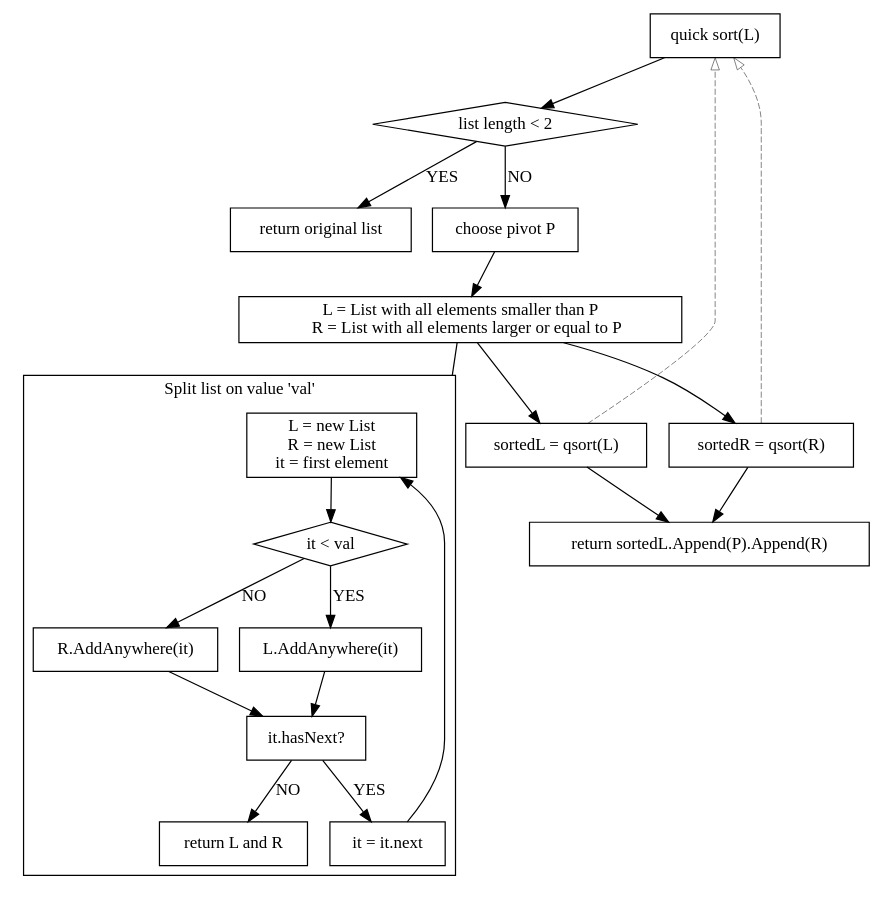
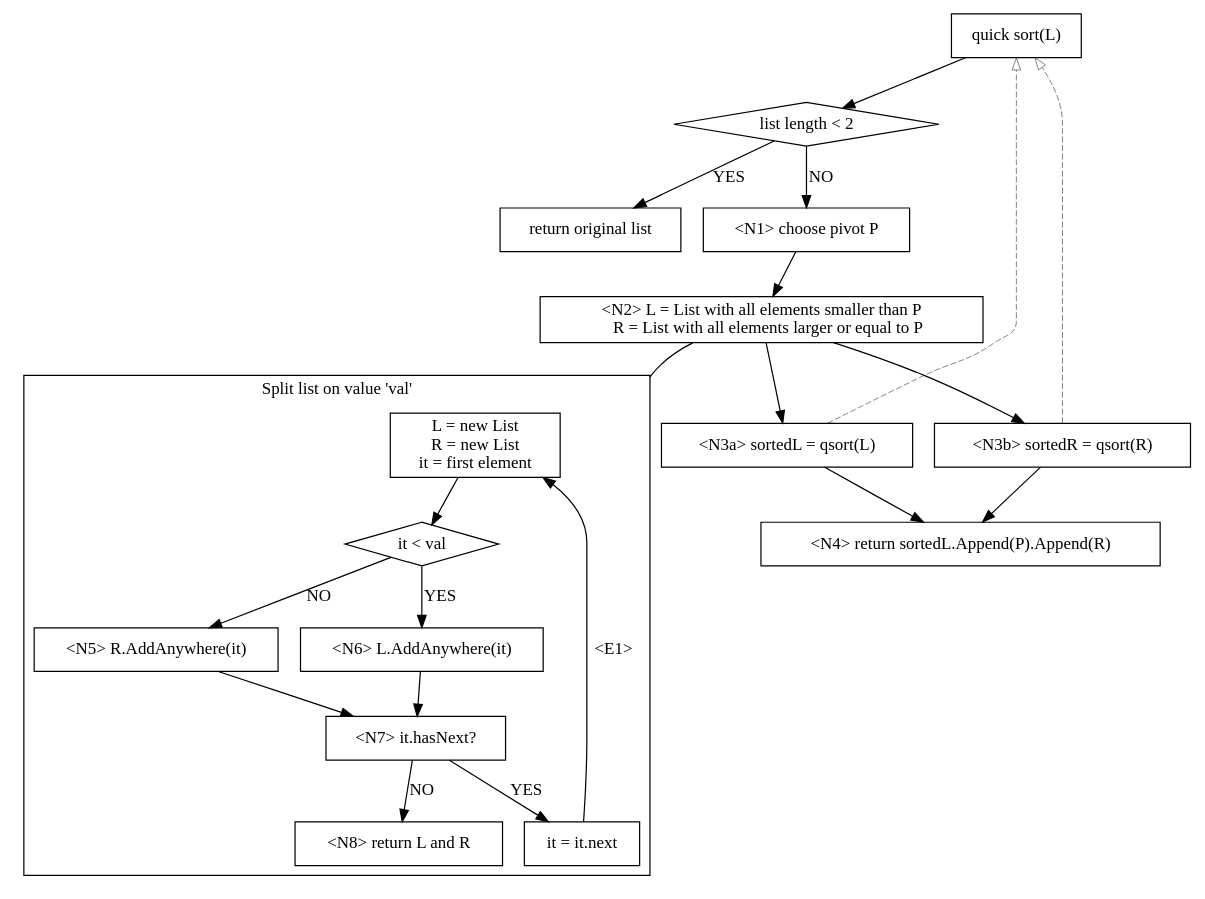
Before and after one commit to hugoppp-uni/Algorithmen-und-Datenstrukturen: the diagram in doc/aufg2/graphViz/quickSort.gv, drawn with Graphviz. The commit also changed 2 other files, not shown here.

Commit message:
Add referencing comments to qsort

```diff
--- a/doc/aufg2/graphViz/quickSort.gv
+++ b/doc/aufg2/graphViz/quickSort.gv
@@ -1,48 +1,48 @@
 digraph Q {
     node [shape = box];
     compound = true;
 
     begin [label = "quick sort(L)"];
     begin -> d1
     d1 [label = "list length < 2" shape = diamond];
     d1 -> "return original list" [label = "YES"];
     d1 -> s1 [label = "NO"];
-    s1 [label = "choose pivot P"];
+    s1 [label = "<N1> choose pivot P"];
     s1 -> s2
     s2 [label =
-    "L = List with all elements smaller than P
+    "<N2> L = List with all elements smaller than P
     R = List with all elements larger or equal to P"]
     s2 -> s31
     s2 -> s32
-    s31 [label = "sortedL = qsort(L)"]
-    s32 [label = "sortedR = qsort(R)"]
+    s31 [label = "<N3a> sortedL = qsort(L)"]
+    s32 [label = "<N3b> sortedR = qsort(R)"]
     s31 -> begin [style = dashed penwidth = 0.4 arrowhead = onormal]
     s32 -> begin [style = dashed penwidth = 0.4 arrowhead = onormal]
     s31 -> cEnd
     s32 -> cEnd
-    cEnd [label = "return sortedL.Append(P).Append(R)"];
+    cEnd [label = "<N4> return sortedL.Append(P).Append(R)"];
     s2 -> cluster1Connector [arrowhead = none, lhead = cluster1]
 
 
     subgraph cluster1 {
     node [shape = box];
     label = "Split list on value 'val'"
     cluster1Connector [shape = point style = invis]
 
     cBegin [label = "L = new List\nR = new List\nit = first element"];
     cBegin -> c1d1
     c1d1 [label = "it < val" shape = diamond];
     c1d1 -> c1s1 [label = "YES"];
     c1d1 -> c1s2 [label = "NO"];
-    c1s1 [label = "L.AddAnywhere(it)"];
-    c1s2 [label = "R.AddAnywhere(it)"];
+    c1s1 [label = "<N6> L.AddAnywhere(it)"];
+    c1s2 [label = "<N5> R.AddAnywhere(it)"];
     c1s1 -> c1d2
     c1s2 -> c1d2
-    c1d2 [label = "it.hasNext?"];
+    c1d2 [label = "<N7> it.hasNext?"];
     c1d2 -> c1s4 [label = "YES"];
-    c1d2 -> "return L and R" [label = "NO"];
+    c1d2 -> "<N8> return L and R" [label = "NO"];
     c1s4 [label = "it = it.next"];
-    c1s4 -> cBegin
+    c1s4 -> cBegin [label = "<E1>"];
     }
 
 }
```
